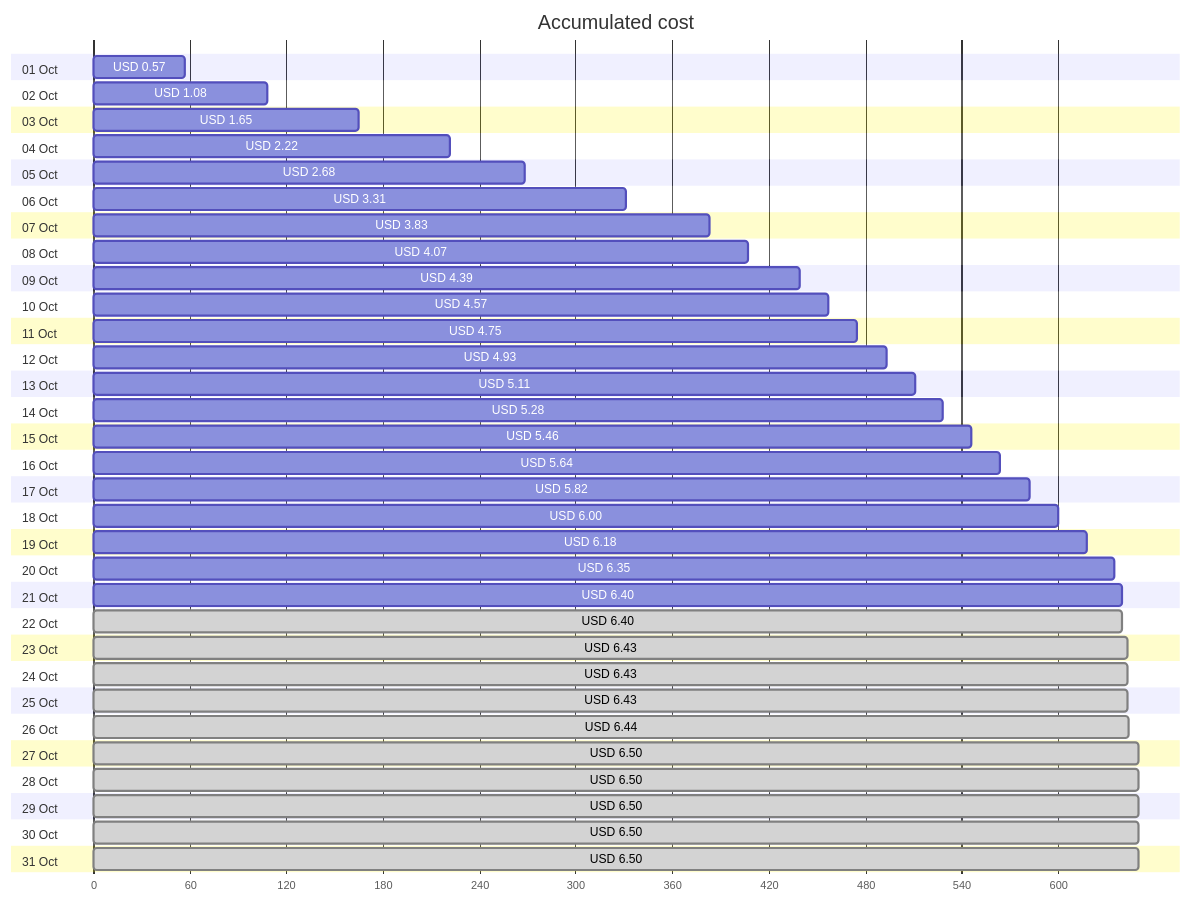
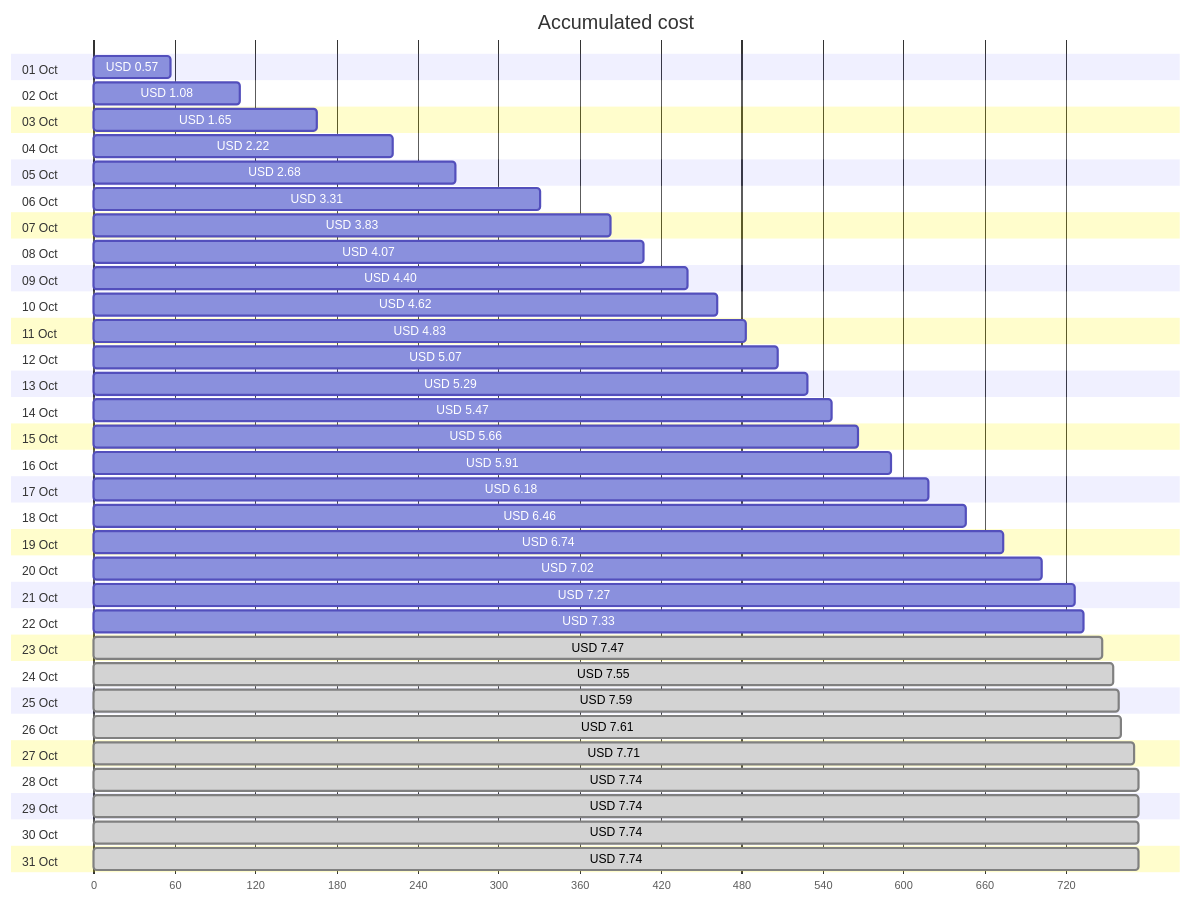
Before and after one commit to jpfulton/azure-personal-reports: the first of 4 diagrams in cost-reports/personal-network/vpn-server.md, drawn with Mermaid. The commit also changed other lines of this file and 8 other files, not shown here.

````diff
--- a/cost-reports/personal-network/vpn-server.md
+++ b/cost-reports/personal-network/vpn-server.md
@@ -20,68 +20,68 @@
 ```mermaid
 gantt
    title Accumulated cost
    dateFormat  X
    axisFormat %s
    section 01 Oct
    USD 0.57 :0, 57
    section 02 Oct
    USD 1.08 :0, 108
    section 03 Oct
    USD 1.65 :0, 165
    section 04 Oct
    USD 2.22 :0, 222
    section 05 Oct
    USD 2.68 :0, 268
    section 06 Oct
    USD 3.31 :0, 331
    section 07 Oct
    USD 3.83 :0, 383
    section 08 Oct
    USD 4.07 :0, 407
    section 09 Oct
-   USD 4.39 :0, 439
+   USD 4.40 :0, 440
    section 10 Oct
-   USD 4.57 :0, 457
+   USD 4.62 :0, 462
    section 11 Oct
-   USD 4.75 :0, 475
+   USD 4.83 :0, 483
    section 12 Oct
-   USD 4.93 :0, 493
+   USD 5.07 :0, 507
    section 13 Oct
-   USD 5.11 :0, 511
+   USD 5.29 :0, 529
    section 14 Oct
-   USD 5.28 :0, 528
+   USD 5.47 :0, 547
    section 15 Oct
-   USD 5.46 :0, 546
+   USD 5.66 :0, 566
    section 16 Oct
-   USD 5.64 :0, 564
+   USD 5.91 :0, 591
    section 17 Oct
-   USD 5.82 :0, 582
+   USD 6.18 :0, 618
    section 18 Oct
-   USD 6.00 :0, 600
+   USD 6.46 :0, 646
    section 19 Oct
-   USD 6.18 :0, 618
+   USD 6.74 :0, 674
    section 20 Oct
-   USD 6.35 :0, 635
+   USD 7.02 :0, 702
    section 21 Oct
-   USD 6.40 :0, 640
+   USD 7.27 :0, 727
    section 22 Oct
-   USD 6.40 : done, 0, 640
+   USD 7.33 :0, 733
    section 23 Oct
-   USD 6.43 : done, 0, 643
+   USD 7.47 : done, 0, 747
    section 24 Oct
-   USD 6.43 : done, 0, 643
+   USD 7.55 : done, 0, 755
    section 25 Oct
-   USD 6.43 : done, 0, 643
+   USD 7.59 : done, 0, 759
    section 26 Oct
-   USD 6.44 : done, 0, 644
+   USD 7.61 : done, 0, 761
    section 27 Oct
-   USD 6.50 : done, 0, 650
+   USD 7.71 : done, 0, 771
    section 28 Oct
-   USD 6.50 : done, 0, 650
+   USD 7.74 : done, 0, 774
    section 29 Oct
-   USD 6.50 : done, 0, 650
+   USD 7.74 : done, 0, 774
    section 30 Oct
-   USD 6.50 : done, 0, 650
+   USD 7.74 : done, 0, 774
    section 31 Oct
-   USD 6.50 : done, 0, 650
+   USD 7.74 : done, 0, 774
 ```
````
